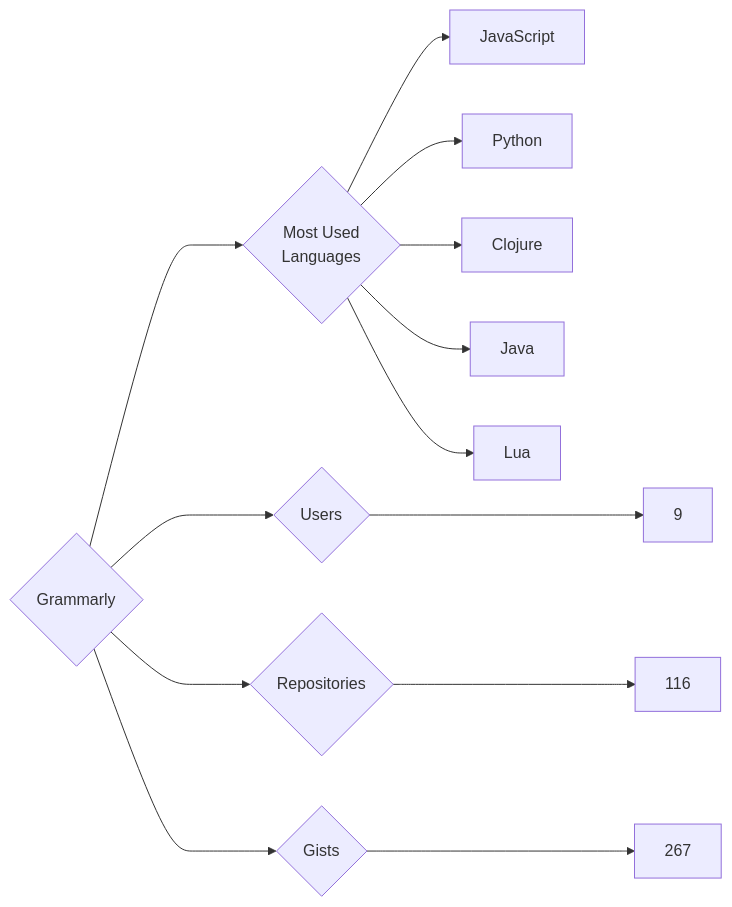
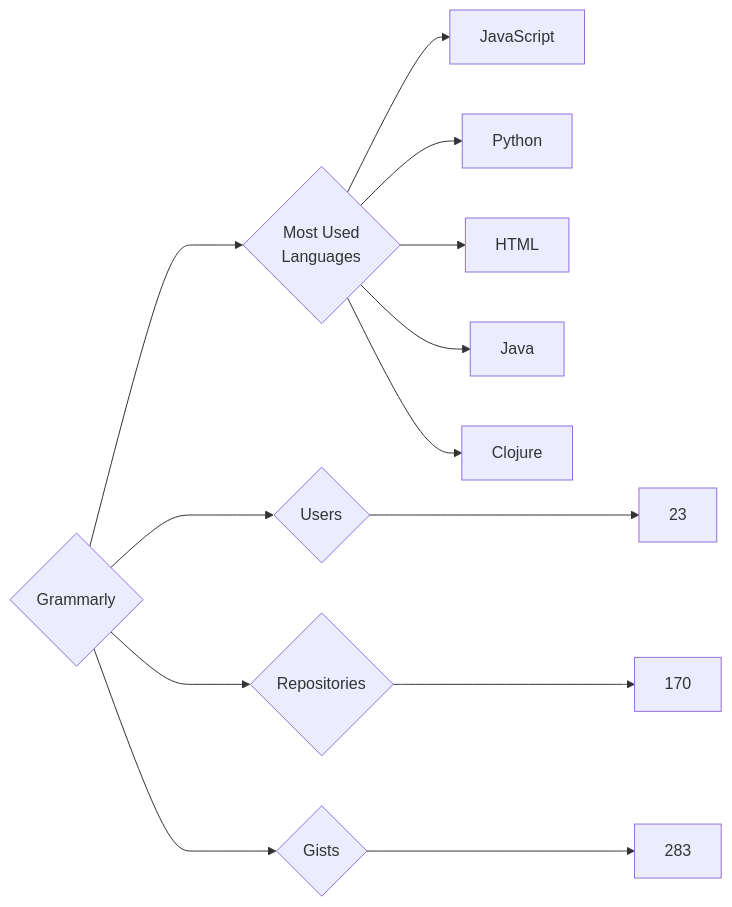
One commit to trickest/insiders changed the diagram in targets/Grammarly/README.md. Above: the diagram before and after it, drawn with Mermaid. The commit also changed 984 other files, not shown here.

````diff
--- a/targets/Grammarly/README.md
+++ b/targets/Grammarly/README.md
@@ -3,13 +3,13 @@
 ```mermaid
 graph LR
 COMPANY_NAME{Grammarly}
-COMPANY_NAME ---> U{Users} ---> UN[9]
-COMPANY_NAME ---> R{Repositories} ---> RN[116]
-COMPANY_NAME ---> G{Gists} ---> GN[267]
+COMPANY_NAME ---> U{Users} ---> UN[23]
+COMPANY_NAME ---> R{Repositories} ---> RN[170]
+COMPANY_NAME ---> G{Gists} ---> GN[283]
 COMPANY_NAME ---> ML{Most Used<br>Languages}
 ML --> JavaScript[JavaScript]
 ML --> Python[Python]
+ML --> HTML[HTML]
+ML --> Java[Java]
 ML --> Clojure[Clojure]
-ML --> Java[Java]
-ML --> Lua[Lua]
 ```
````
